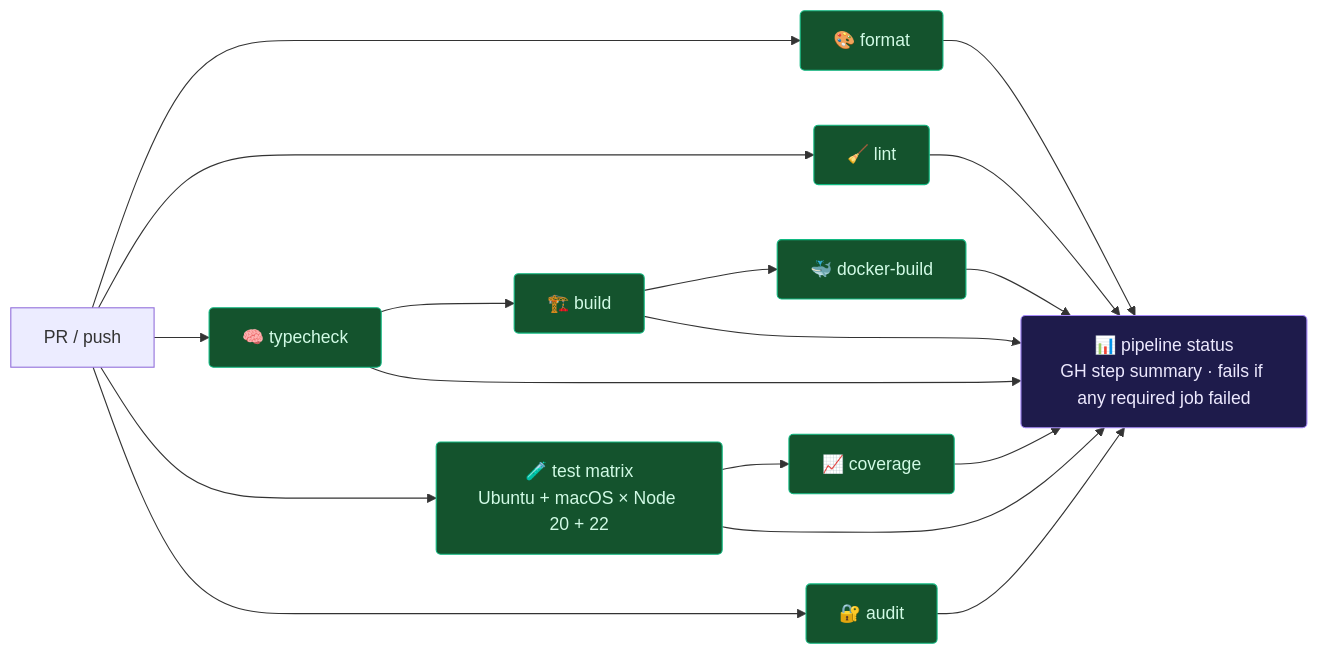
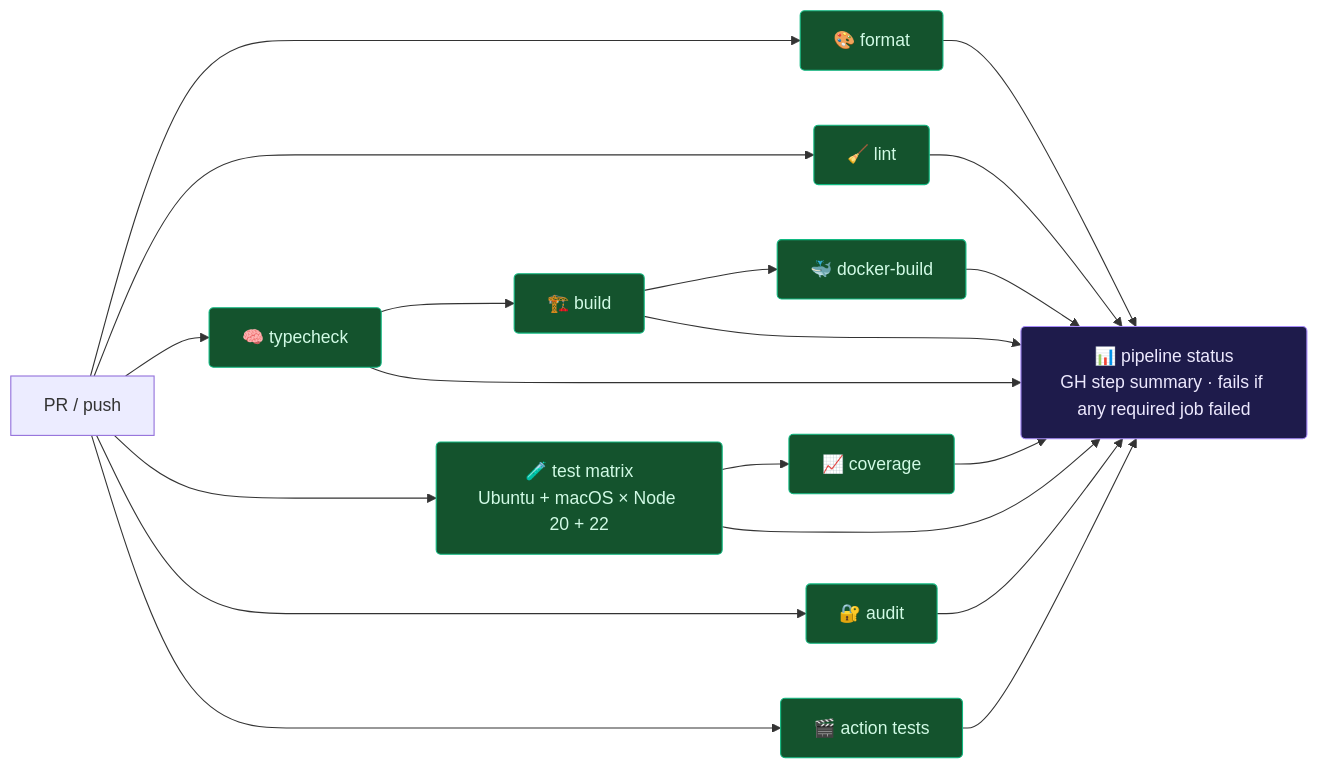
Diagram 11 of 14 in README.md (hoangsonww/Forge-Agentic-Coding-CLI), drawn with Mermaid before and after one commit. The commit also changed other lines of this file and 5 other files, not shown here.

````diff
--- a/README.md
+++ b/README.md
@@ -824,15 +824,16 @@
 ```mermaid
 flowchart LR
   classDef pass fill:#14532d,stroke:#10b981,color:#d1fae5,rx:4,ry:4
   classDef gate fill:#1e1b4b,stroke:#a78bfa,color:#ede9fe,rx:4,ry:4
 
   PR[PR / push] --> FMT["🎨 format"]:::pass
   PR --> LINT["🧹 lint"]:::pass
   PR --> TYPE["🧠 typecheck"]:::pass
   PR --> TEST["🧪 test matrix<br/>Ubuntu + macOS × Node 20 + 22"]:::pass
   TEST --> COV["📈 coverage"]:::pass
   TYPE --> BUILD["🏗️ build"]:::pass
   BUILD --> DOCKER["🐳 docker-build"]:::pass
   PR --> AUDIT["🔐 audit"]:::pass
-  FMT & LINT & TYPE & TEST & BUILD & DOCKER & AUDIT & COV --> STATUS["📊 pipeline status<br/>GH step summary · fails if any required job failed"]:::gate
+  PR --> ACT["🎬 action tests"]:::pass
+  FMT & LINT & TYPE & TEST & BUILD & DOCKER & AUDIT & COV & ACT --> STATUS["📊 pipeline status<br/>GH step summary · fails if any required job failed"]:::gate
 ```
````
